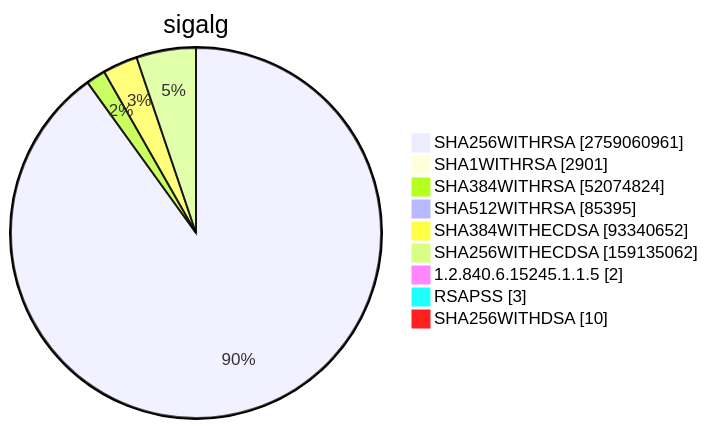
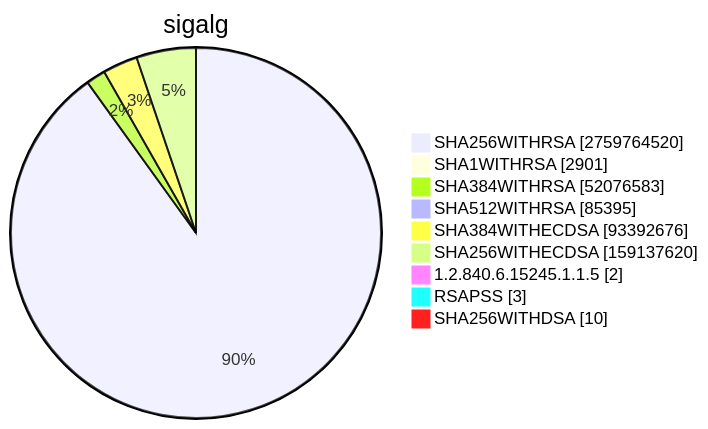
Before and after one commit to christiankrug/ctmonitor_visualization: diagram 15 of 15 in TOTAL/README.md, drawn with Mermaid. The commit also changed other lines of this file, not shown here.

````diff
--- a/TOTAL/README.md
+++ b/TOTAL/README.md
@@ -6205,13 +6205,13 @@
 ```mermaid
 pie showData
 title sigalg
-"SHA256WITHRSA" :2759060961
+"SHA256WITHRSA" :2759764520
 "SHA1WITHRSA" :2901
-"SHA384WITHRSA" :52074824
+"SHA384WITHRSA" :52076583
 "SHA512WITHRSA" :85395
-"SHA384WITHECDSA" :93340652
-"SHA256WITHECDSA" :159135062
+"SHA384WITHECDSA" :93392676
+"SHA256WITHECDSA" :159137620
 "1.2.840.6.15245.1.1.5" :2
 "RSAPSS" :3
 "SHA256WITHDSA" :10
 ```
````
